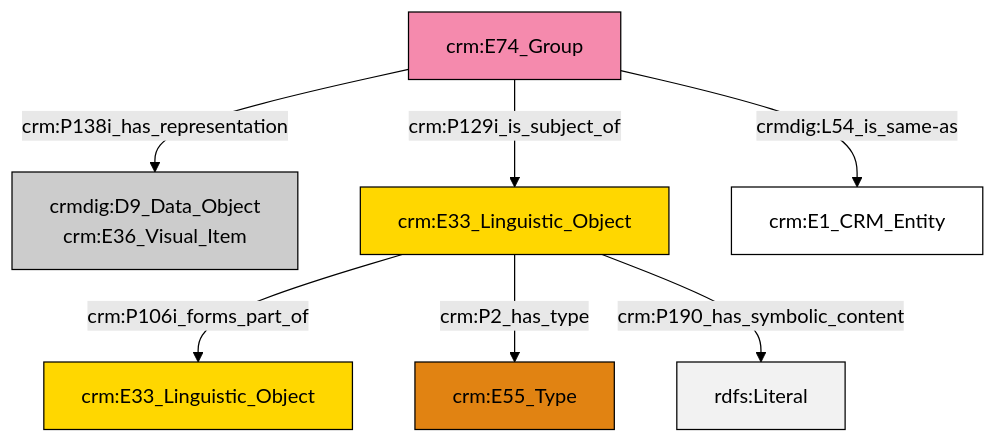
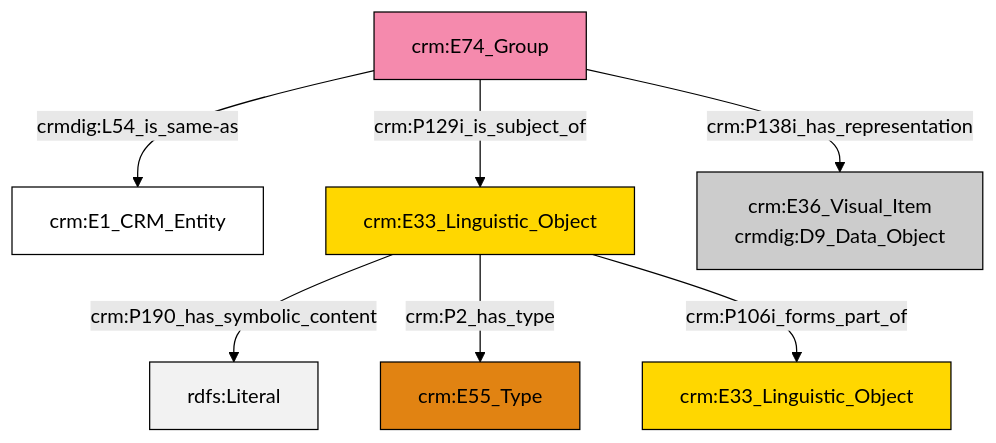
One commit to swiss-art-research-net/reference-data-models changed the diagram in et/groupCSV/ttl/mmd/group_documentation.ttl.mmd. Above: the diagram before and after it, drawn with Mermaid (forest theme). The commit also changed 126 other files, not shown here.

```diff
--- a/et/groupCSV/ttl/mmd/group_documentation.ttl.mmd
+++ b/et/groupCSV/ttl/mmd/group_documentation.ttl.mmd
@@ -1,21 +1,21 @@
 graph TD
 classDef Literal fill:#f2f2f2,stroke:#000000;
 classDef CRM_Entity fill:#FFFFFF,stroke:#000000;
 classDef Temporal_Entity fill:#00C9E6, stroke:#000000;
 classDef Type fill:#E18312, stroke:#000000;
 classDef Time-Span fill:#2C9C91, stroke:#000000;
 classDef Appellation fill:#FFEB7F, stroke:#000000;
 classDef Place fill:#008836, stroke:#000000;
 classDef Persistent_Item fill:#B266B2, stroke:#000000;
 classDef Conceptual_Object fill:#FFD700, stroke:#000000;
 classDef Physical_Thing fill:#D2B48C, stroke:#000000;
 classDef Actor fill:#f58aad, stroke:#000000;
 classDef PC_Classes fill:#4ce600, stroke:#000000;
 classDef Multi fill:#cccccc,stroke:#000000;
 
-0["crm:E74_Group"]:::Actor -->|crm:P138i_has_representation| 1["crmdig:D9_Data_Object<br>crm:E36_Visual_Item"]:::Multi
-7["crm:E33_Linguistic_Object"]:::Conceptual_Object -->|crm:P106i_forms_part_of| 2["crm:E33_Linguistic_Object"]:::Conceptual_Object
-0["crm:E74_Group"]:::Actor -->|crmdig:L54_is_same-as| 9["crm:E1_CRM_Entity"]:::CRM_Entity
-0["crm:E74_Group"]:::Actor -->|crm:P129i_is_subject_of| 7["crm:E33_Linguistic_Object"]:::Conceptual_Object
-7["crm:E33_Linguistic_Object"]:::Conceptual_Object -->|crm:P2_has_type| 4["crm:E55_Type"]:::Type
-7["crm:E33_Linguistic_Object"]:::Conceptual_Object -->|crm:P190_has_symbolic_content| 14[rdfs:Literal]:::Literal
+0["crm:E74_Group"]:::Actor -->|crmdig:L54_is_same-as| 1["crm:E1_CRM_Entity"]:::CRM_Entity
+2["crm:E33_Linguistic_Object"]:::Conceptual_Object -->|crm:P190_has_symbolic_content| 3[rdfs:Literal]:::Literal
+0["crm:E74_Group"]:::Actor -->|crm:P138i_has_representation| 4["crm:E36_Visual_Item<br>crmdig:D9_Data_Object"]:::Multi
+2["crm:E33_Linguistic_Object"]:::Conceptual_Object -->|crm:P2_has_type| 8["crm:E55_Type"]:::Type
+0["crm:E74_Group"]:::Actor -->|crm:P129i_is_subject_of| 2["crm:E33_Linguistic_Object"]:::Conceptual_Object
+2["crm:E33_Linguistic_Object"]:::Conceptual_Object -->|crm:P106i_forms_part_of| 13["crm:E33_Linguistic_Object"]:::Conceptual_Object
```
